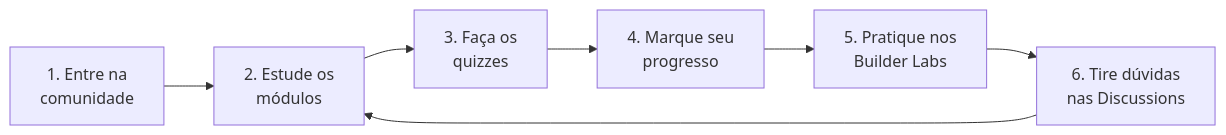
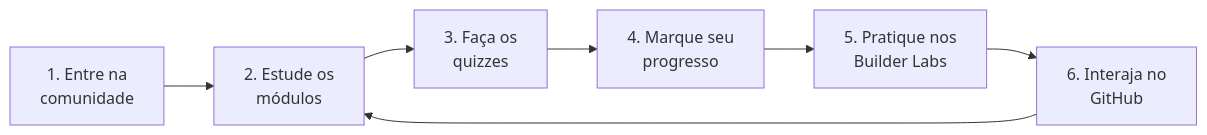
The diagram in GUIA-DO-ALUNO.md (melissaalves-stack/awscloudfoundations), drawn with Mermaid before and after one commit. The commit also changed other lines of this file, not shown here.

````diff
--- a/GUIA-DO-ALUNO.md
+++ b/GUIA-DO-ALUNO.md
@@ -7,9 +13,10 @@
 ```mermaid
 flowchart LR
     A["1. Entre na<br/>comunidade"] --> B["2. Estude os<br/>módulos"]
     B --> C["3. Faça os<br/>quizzes"]
     C --> D["4. Marque seu<br/>progresso"]
     D --> E["5. Pratique nos<br/>Builder Labs"]
-    E --> F["6. Tire dúvidas<br/>nas Discussions"]
+    E --> F["6. Interaja no<br/>GitHub"]
     F --> B
+
 ```
````
